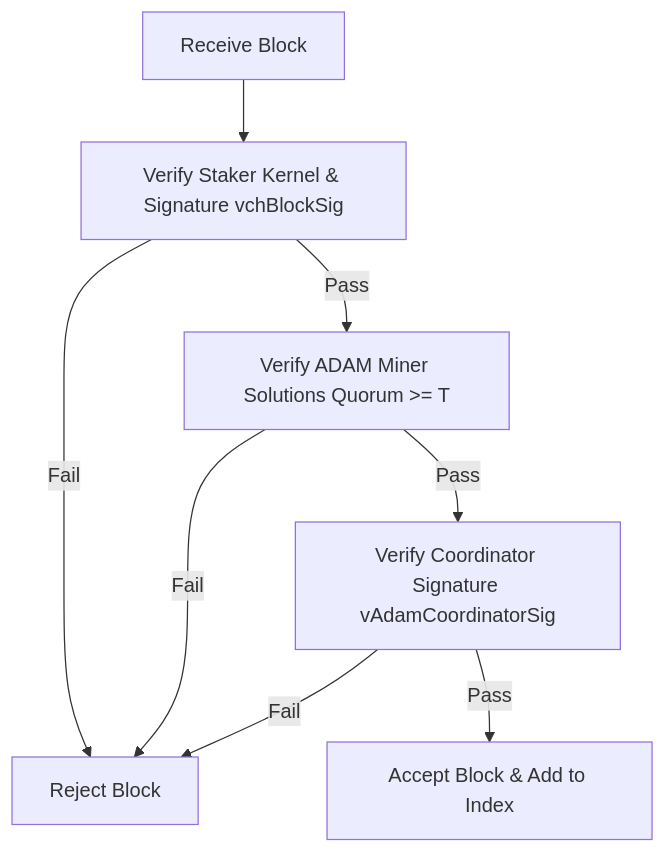
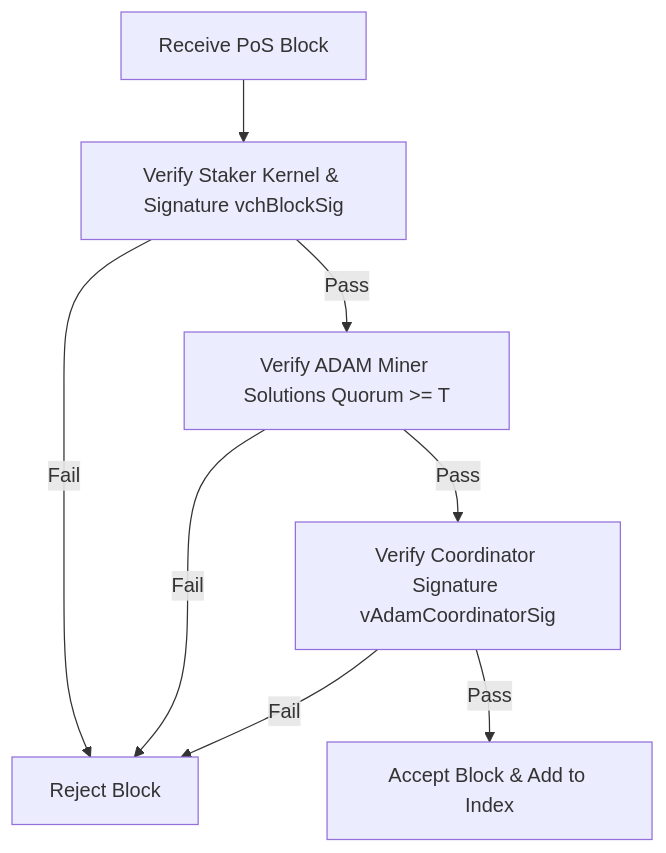
One commit to bedri/KristaTech-KRISTA changed the diagram in doc/ktips/KTIP-0004_PoMBL.md. Above: the diagram before and after it, drawn with Mermaid. The commit also changed other lines of this file and 88 other files, not shown here.

````diff
--- a/doc/ktips/KTIP-0004_PoMBL.md
+++ b/doc/ktips/KTIP-0004_PoMBL.md
@@ -65,10 +65,10 @@
 ```mermaid
 graph TD
-    BlockReceived["Receive Block"] --> CheckPoS["Verify Staker Kernel & Signature vchBlockSig"]
+    BlockReceived["Receive PoS Block"] --> CheckPoS["Verify Staker Kernel & Signature vchBlockSig"]
     CheckPoS -- "Fail" --> Reject["Reject Block"]
     CheckPoS -- "Pass" --> CheckQuorum["Verify ADAM Miner Solutions Quorum >= T"]
     CheckQuorum -- "Fail" --> Reject
     CheckQuorum -- "Pass" --> CheckCoordinator["Verify Coordinator Signature vAdamCoordinatorSig"]
     CheckCoordinator -- "Fail" --> Reject
     CheckCoordinator -- "Pass" --> Accept["Accept Block & Add to Index"]
 ```
````
